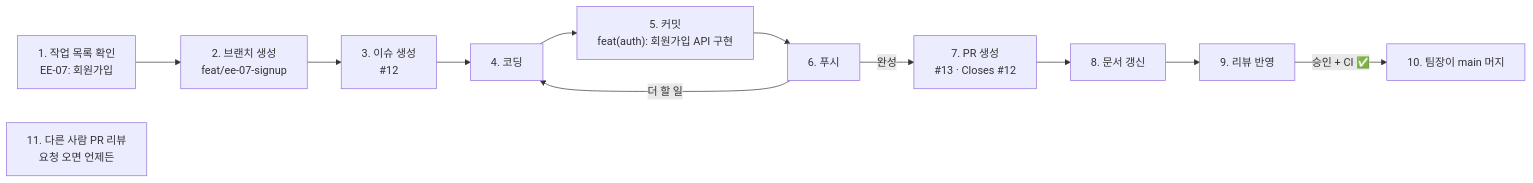
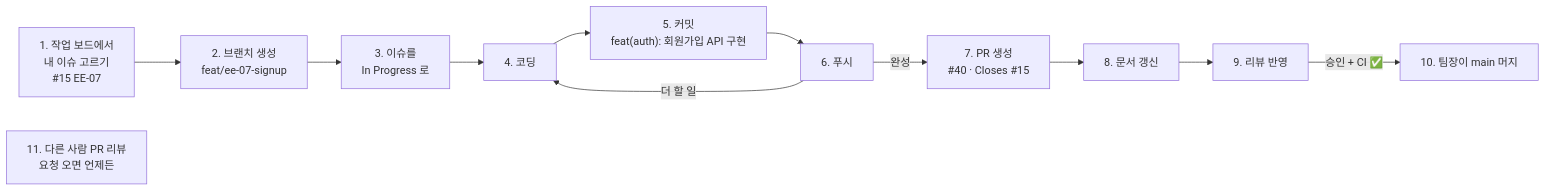
The second of 2 diagrams in CONTRIBUTING.md (0802222/Codyssey-B7-1-Term-Project), drawn with Mermaid before and after one commit. The commit also changed other lines of this file and 2 other files, not shown here.

````diff
--- a/CONTRIBUTING.md
+++ b/CONTRIBUTING.md
@@ -138,9 +138,9 @@
 ```mermaid
 flowchart LR
-  S1["1. 작업 목록 확인<br/>EE-07: 회원가입"] --> S2["2. 브랜치 생성<br/>feat/ee-07-signup"] --> S3["3. 이슈 생성<br/>#12"] --> S4["4. 코딩"]
+  S1["1. 작업 보드에서<br/>내 이슈 고르기<br/>#15 EE-07"] --> S2["2. 브랜치 생성<br/>feat/ee-07-signup"] --> S3["3. 이슈를<br/>In Progress 로"] --> S4["4. 코딩"]
   S4 --> S5["5. 커밋<br/>feat(auth): 회원가입 API 구현"] --> S6["6. 푸시"]
   S6 -->|"더 할 일"| S4
-  S6 -->|"완성"| S7["7. PR 생성<br/>#13 · Closes #12"] --> S8["8. 문서 갱신"] --> S9["9. 리뷰 반영"]
+  S6 -->|"완성"| S7["7. PR 생성<br/>#40 · Closes #15"] --> S8["8. 문서 갱신"] --> S9["9. 리뷰 반영"]
   S9 -->|"승인 + CI ✅"| S10["10. 팀장이 main 머지"]
   X["11. 다른 사람 PR 리뷰<br/>요청 오면 언제든"]
 ```
````
